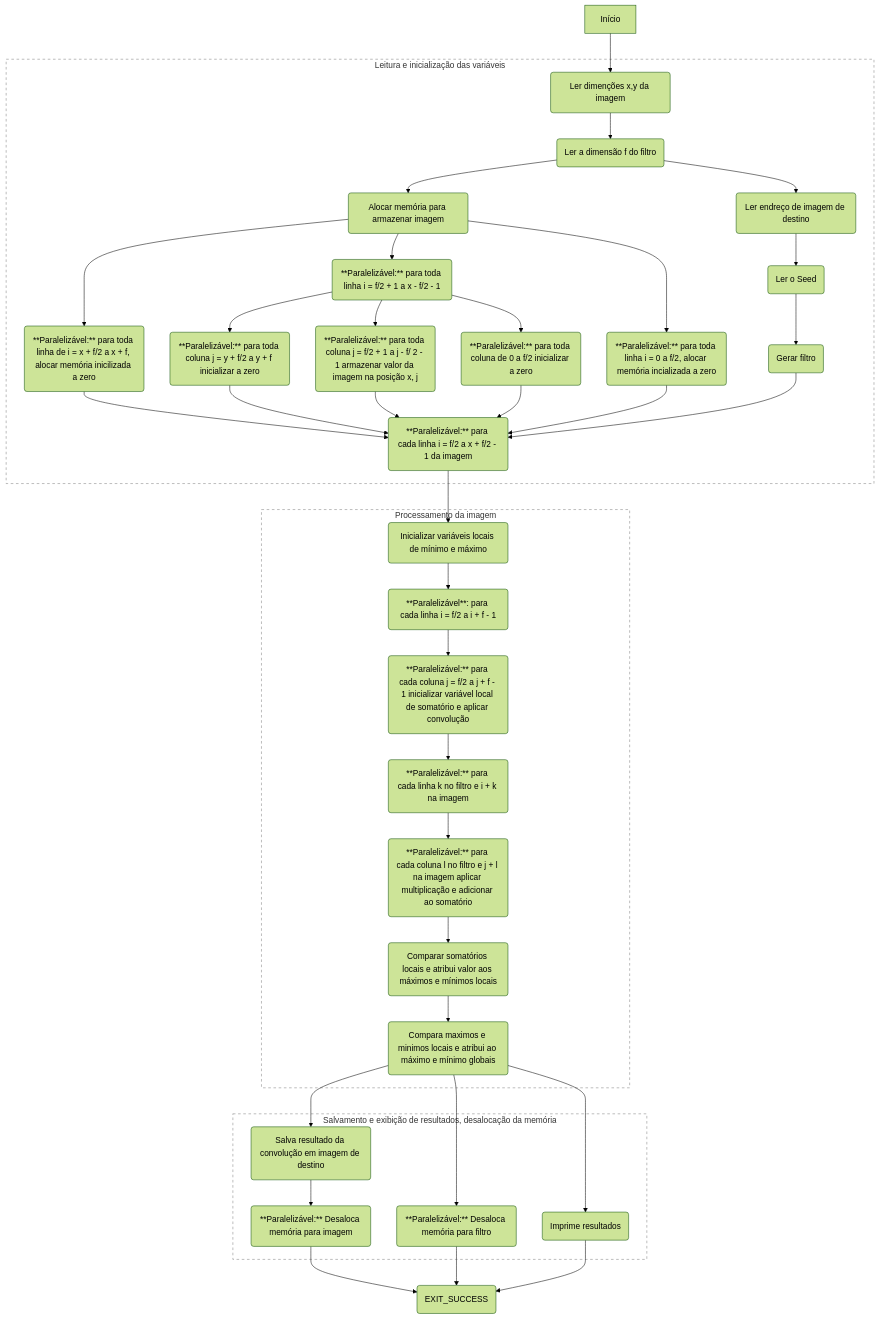
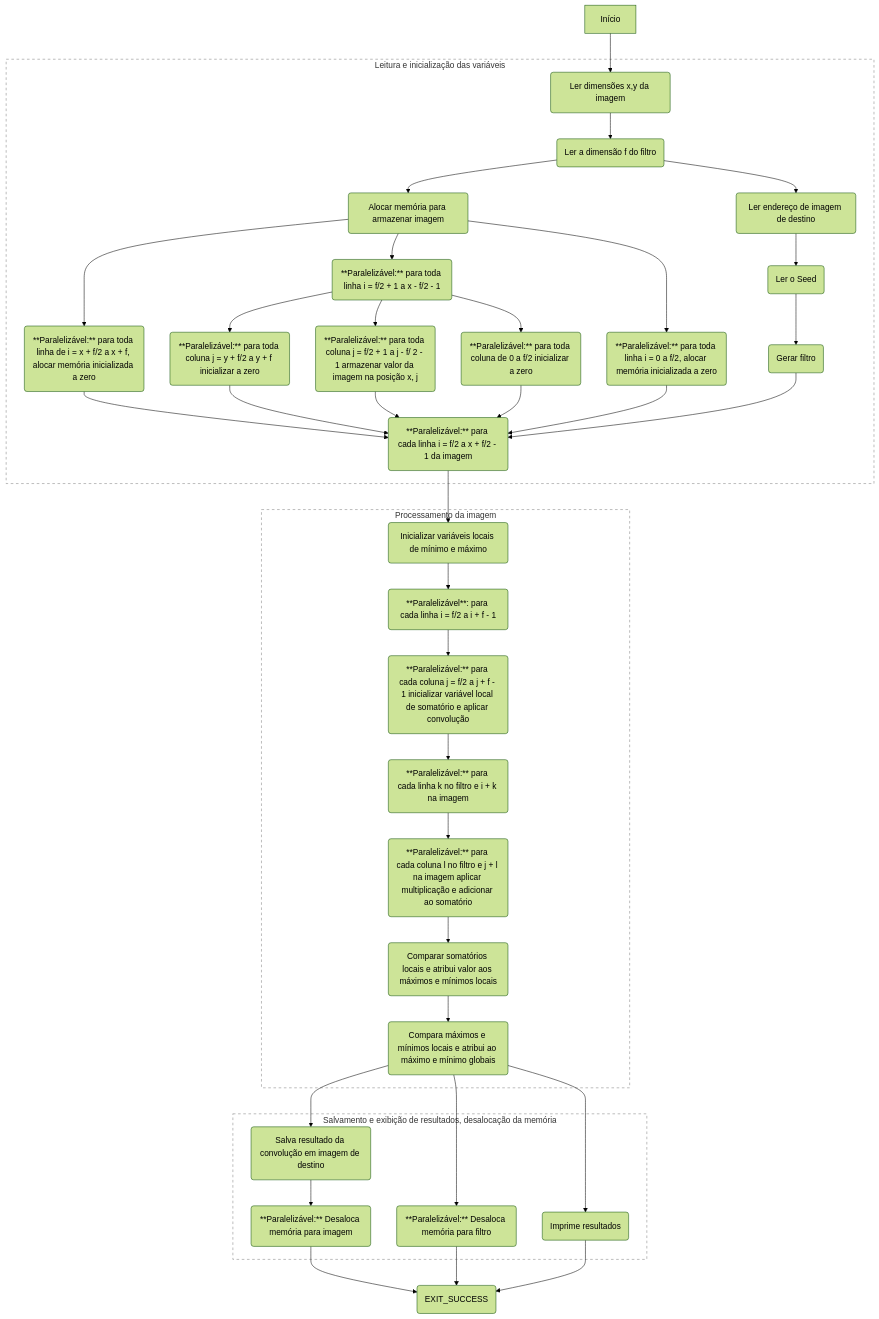
One commit to de-abreu/alto_desempenho changed the diagram in trabalho_1/README.md. Above: the diagram before and after it, drawn with Mermaid (forest theme). The commit also changed other lines of this file, not shown here.

Commit message:
Fixed some typos

````diff
--- a/trabalho_1/README.md
+++ b/trabalho_1/README.md
@@ -1,48 +4,48 @@
 ```mermaid
 flowchart TD
-    A[Início] --> B(Ler dimenções x,y da imagem)
+    A[Início] --> B(Ler dimensões x,y da imagem)
     subgraph r1 [Leitura e inicialização das variáveis]
         style r1 stroke-dasharray: 5, 5, fill:none, stroke: grey
 
         B --> E(Ler a dimensão f do filtro)
-        E --> AD(Ler endreço de imagem de destino)
+        E --> AD(Ler endereço de imagem de destino)
         AD --> F(Ler o Seed)
         E --> G(Alocar memória para armazenar imagem)
-        G --> H(**Paralelizável:** para toda linha i = 0 a f/2, alocar memória incializada a zero)
+        G --> H(**Paralelizável:** para toda linha i = 0 a f/2, alocar memória inicializada a zero)
         G --> I(**Paralelizável:** para toda linha i = f/2 + 1 a x - f/2 - 1)
-        G --> M(**Paralelizável:** para toda linha de i = x + f/2 a x + f, alocar memória inicilizada a zero)
+        G --> M(**Paralelizável:** para toda linha de i = x + f/2 a x + f, alocar memória inicializada a zero)
         I --> J(**Paralelizável:** para toda coluna de 0 a f/2 inicializar a zero)
         I --> f(**Paralelizável:** para toda coluna j = f/2 + 1 a j - f/ 2 - 1 armazenar valor da imagem na posição x, j)
         I --> L(**Paralelizável:** para toda coluna j = y + f/2 a y + f inicializar a zero)
         F --> N(Gerar filtro)
         M --> O(**Paralelizável:** para cada linha i = f/2 a x + f/2 - 1 da imagem)
         L --> O
         f --> O
         J --> O
         H --> O
         N --> O
     end
     subgraph r2 [Processamento da imagem]
         style r2 stroke-dasharray: 5, 5, fill:none, stroke: grey
 
         O --> Q(Inicializar variáveis locais de mínimo e máximo)
         Q --> R(**Paralelizável**: para cada linha i = f/2 a i + f - 1 )
         R --> S(**Paralelizável:** para cada coluna j = f/2 a j + f - 1 inicializar variável local de somatório e aplicar convolução)
         S --> T(**Paralelizável:** para cada linha k no filtro e i + k na imagem)
         T --> X(**Paralelizável:** para cada coluna l no filtro e j + l na imagem aplicar multiplicação e adicionar ao somatório)
         X --> Y(Comparar somatórios locais e atribui valor aos máximos e mínimos locais)
-        Y --> Z(Compara maximos e minimos locais e atribui ao máximo e mínimo globais)
+        Y --> Z(Compara máximos e mínimos locais e atribui ao máximo e mínimo globais)
     end
     subgraph r3 [Salvamento e exibição de resultados, desalocação da memória]
         style r3 stroke-dasharray: 5, 5, fill:none, stroke: grey
         Z --> W(Imprime resultados)
         Z --> AC(**Paralelizável:** Desaloca memória para filtro)
         Z --> C(Salva resultado da convolução em imagem de destino)
         C --> AB(**Paralelizável:** Desaloca memória para imagem)
     end
 
     AB --> EXIT(EXIT_SUCCESS)
     AC --> EXIT
     W --> EXIT
 
 ```
````
